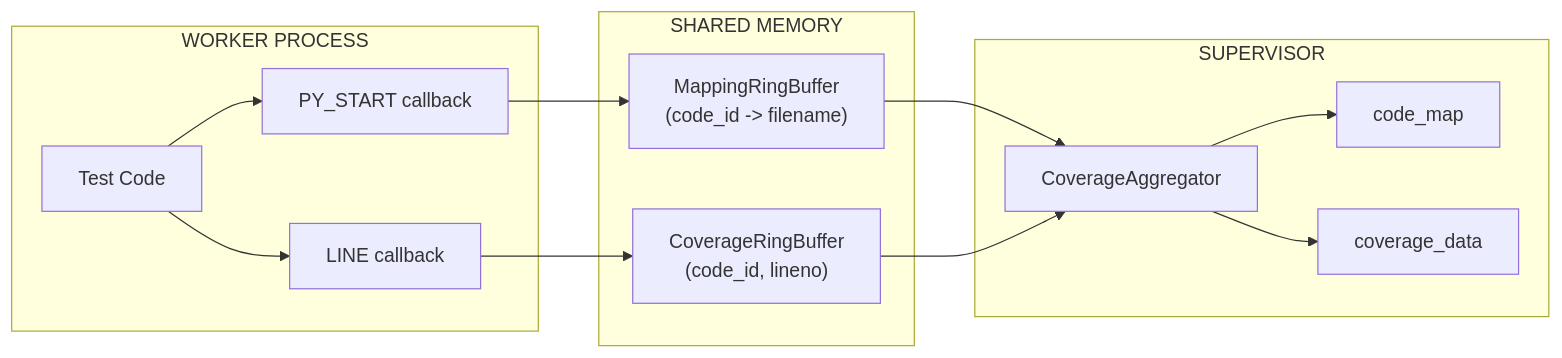
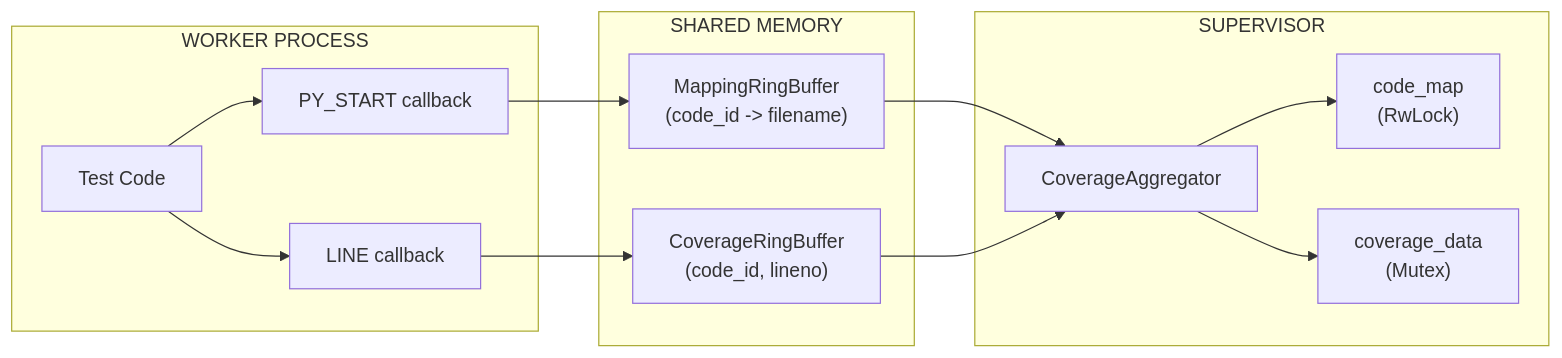
The first of 4 diagrams in docs/architecture/coverage.md (NikkeTryHard/tach-core), drawn with Mermaid before and after one commit. The commit also changed other lines of this file and 34 other files, not shown here.

````diff
--- a/docs/architecture/coverage.md
+++ b/docs/architecture/coverage.md
@@ -15,24 +9,24 @@
 ```mermaid
 flowchart LR
     subgraph Worker["WORKER PROCESS"]
         Test["Test Code"]
         PyStart["PY_START callback"]
         Line["LINE callback"]
     end
 
     subgraph SharedMem["SHARED MEMORY"]
         MapBuf["MappingRingBuffer<br/>(code_id -> filename)"]
         CovBuf["CoverageRingBuffer<br/>(code_id, lineno)"]
     end
 
     subgraph Supervisor["SUPERVISOR"]
         Aggregator["CoverageAggregator"]
-        CodeMap["code_map"]
-        Data["coverage_data"]
+        CodeMap["code_map<br/>(RwLock)"]
+        Data["coverage_data<br/>(Mutex)"]
     end
 
     Test --> PyStart --> MapBuf
     Test --> Line --> CovBuf
     MapBuf --> Aggregator --> CodeMap
     CovBuf --> Aggregator --> Data
 ```
````
